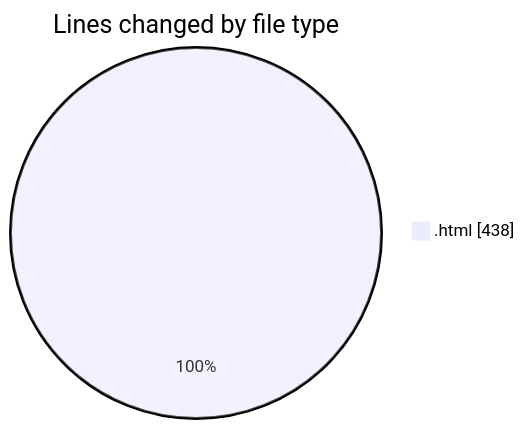
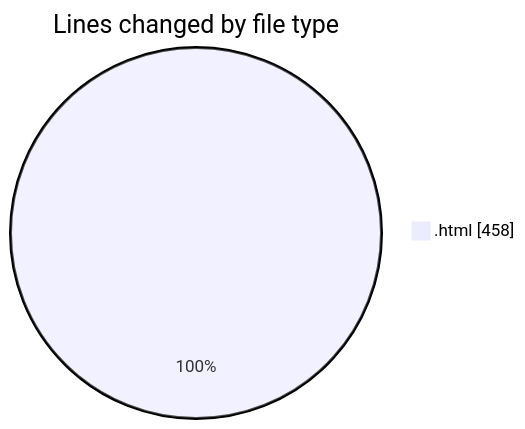
One commit to LanceThiago/code-tracking changed the first of 2 diagrams in 2025-01-13/nueva_carpeta/README.md. Above: the diagram before and after it, drawn with Mermaid. The commit also changed other lines of this file and 1 other file, not shown here.

````diff
--- a/2025-01-13/nueva_carpeta/README.md
+++ b/2025-01-13/nueva_carpeta/README.md
@@ -20,5 +20,5 @@
 ```mermaid
 pie showData
 title Lines changed by file type
-".html" : 438
+".html" : 458
 ```
````
